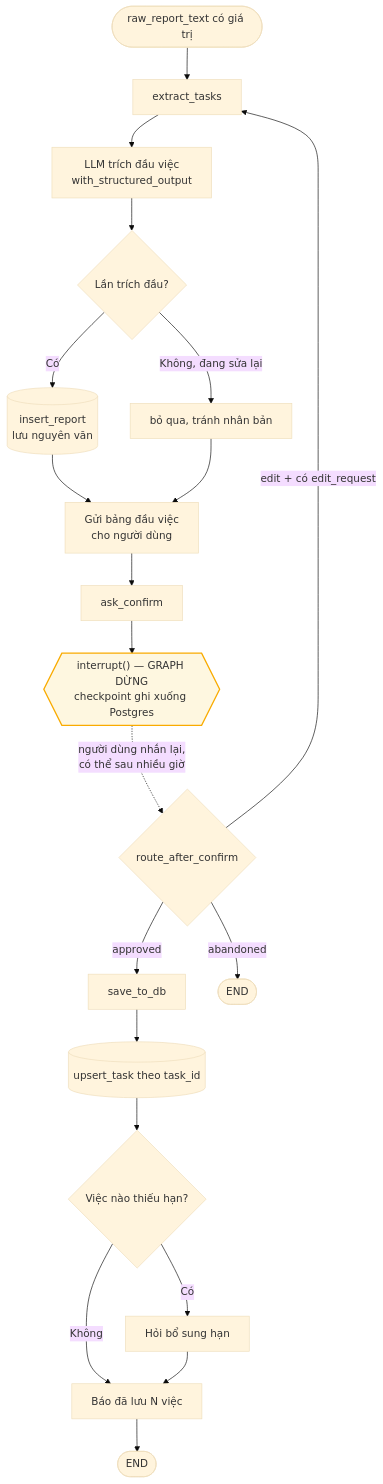
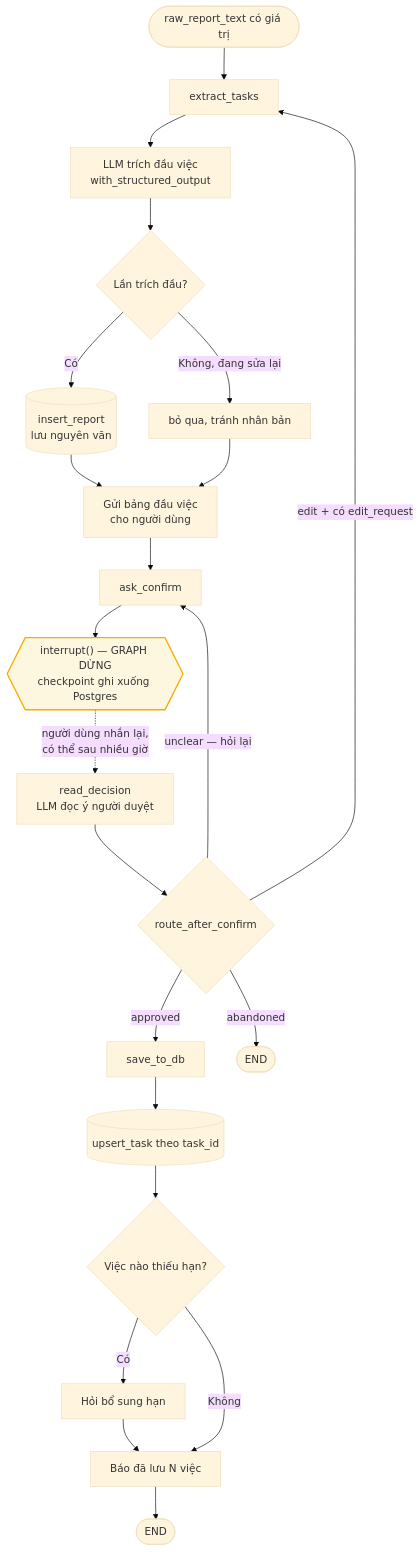
The second of 3 diagrams in docs/luong-xu-ly-agent.md (NguyenQuyenHacker/Telegram-Agent-Reminder-TAR-), drawn with Mermaid (base theme) before and after one commit. The commit also changed other lines of this file and 18 other files, not shown here.

````diff
--- a/docs/luong-xu-ly-agent.md
+++ b/docs/luong-xu-ly-agent.md
@@ -68,29 +71,31 @@
 ```mermaid
 flowchart TD
     START([raw_report_text có giá trị]) --> EX[extract_tasks]
 
     EX --> EX1[LLM trích đầu việc<br/>with_structured_output]
     EX1 --> EX2{Lần trích đầu?}
     EX2 -->|Có| EX3[(insert_report<br/>lưu nguyên văn)]
     EX2 -->|Không, đang sửa lại| EX4[bỏ qua, tránh nhân bản]
     EX3 --> EX5[Gửi bảng đầu việc<br/>cho người dùng]
     EX4 --> EX5
 
     EX5 --> ASK[ask_confirm]
     ASK --> INT{{"interrupt() — GRAPH DỪNG<br/>checkpoint ghi xuống Postgres"}}
 
-    INT -.->|người dùng nhắn lại,<br/>có thể sau nhiều giờ| RT{route_after_confirm}
+    INT -.->|người dùng nhắn lại,<br/>có thể sau nhiều giờ| RD[read_decision<br/>LLM đọc ý người duyệt]
+    RD --> RT{route_after_confirm}
 
     RT -->|approved| SAVE[save_to_db]
     RT -->|edit + có edit_request| EX
+    RT -->|unclear — hỏi lại| ASK
     RT -->|abandoned| END1([END])
 
     SAVE --> S1[(upsert_task theo task_id)]
     S1 --> S2{Việc nào thiếu hạn?}
     S2 -->|Có| S3[Hỏi bổ sung hạn]
     S2 -->|Không| S4[Báo đã lưu N việc]
     S3 --> S4
     S4 --> END2([END])
 
     style INT fill:#fef7e0,stroke:#f9ab00,stroke-width:2px
 ```
````
